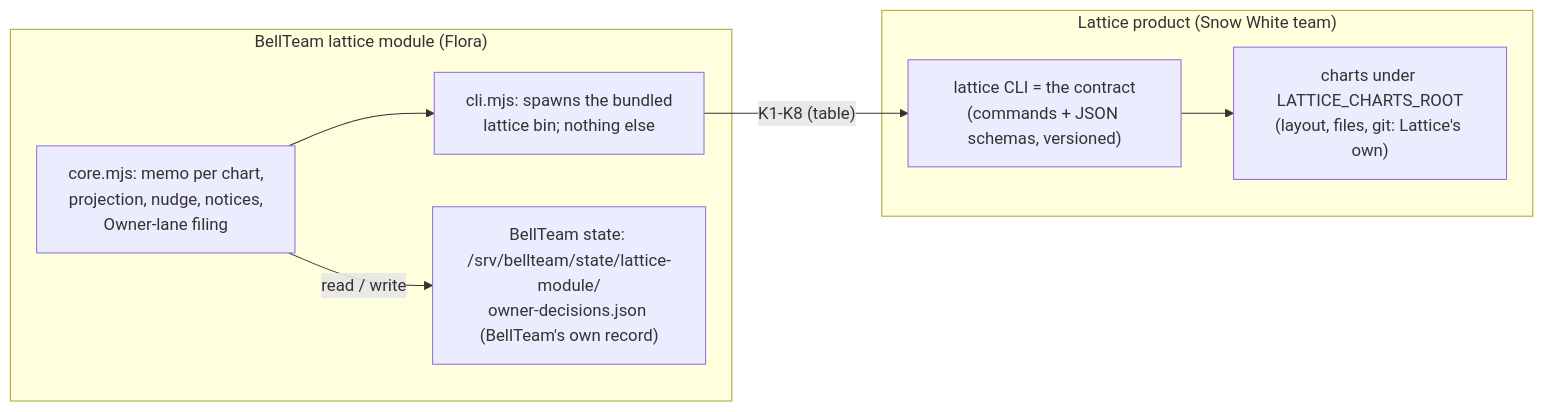
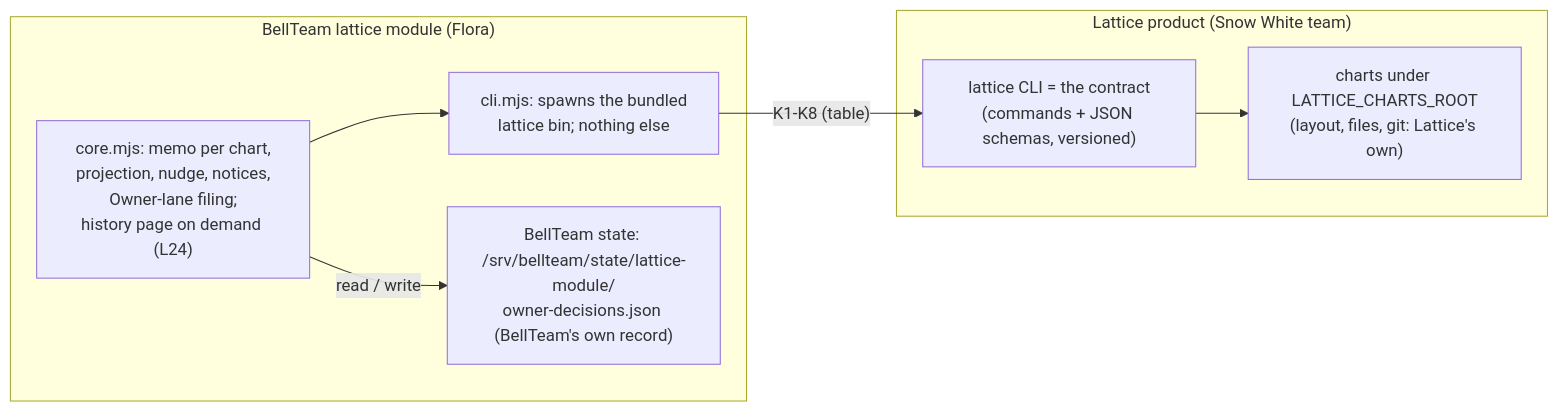
The first of 2 diagrams in docs/architecture/modules/lattice/README.md (kitepon/BellTeam), drawn with Mermaid before and after one commit. The commit also changed other lines of this file and 13 other files, not shown here.

````diff
--- a/docs/architecture/modules/lattice/README.md
+++ b/docs/architecture/modules/lattice/README.md
@@ -30,14 +30,14 @@
 ```mermaid
 flowchart LR
   subgraph BellTeam["BellTeam lattice module (Flora)"]
-    Core["core.mjs: memo per chart,<br/>projection, nudge, notices,<br/>Owner-lane filing"]
+    Core["core.mjs: memo per chart,<br/>projection, nudge, notices,<br/>Owner-lane filing;<br/>history page on demand (L24)"]
     Runner["cli.mjs: spawns the bundled<br/>lattice bin; nothing else"]
     Rec["BellTeam state: /srv/bellteam/state/lattice-module/<br/>owner-decisions.json (BellTeam's own record)"]
   end
   subgraph Lattice["Lattice product (Snow White team)"]
     CLI["lattice CLI = the contract<br/>(commands + JSON schemas, versioned)"]
     Store["charts under LATTICE_CHARTS_ROOT<br/>(layout, files, git: Lattice's own)"]
   end
   Core --> Runner -->|"K1-K8 (table)"| CLI --> Store
   Core -->|"read / write"| Rec
 ```
````
